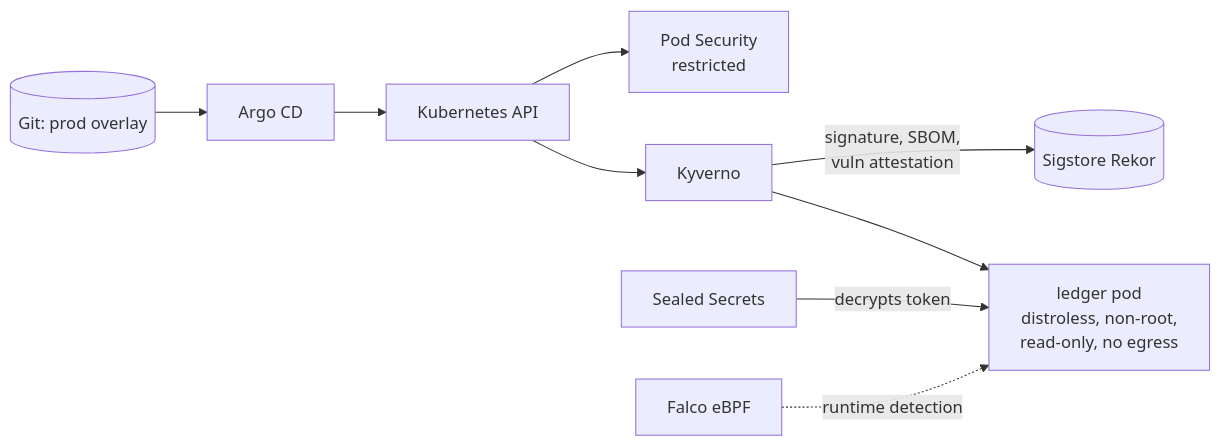
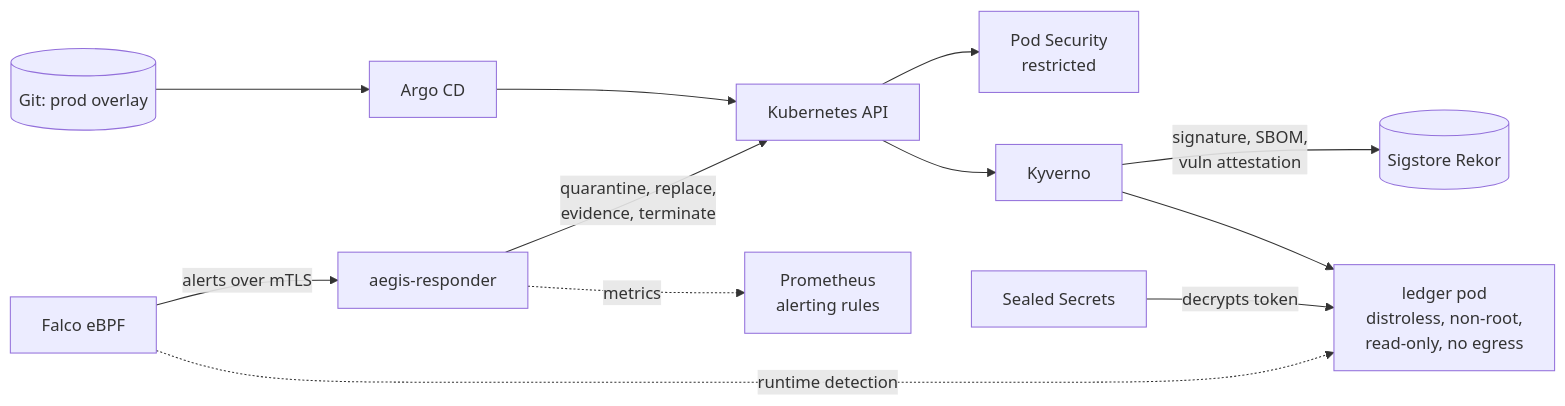
The second of 3 diagrams in README.md (ahmedelgmal310/aegis-devsecops), drawn with Mermaid before and after one commit. The commit also changed other lines of this file, not shown here.

````diff
--- a/README.md
+++ b/README.md
@@ -39,11 +42,14 @@
 ```mermaid
 flowchart LR
     git[(Git: prod overlay)] --> argo[Argo CD]
     argo --> api[Kubernetes API]
     api --> psa[Pod Security<br/>restricted]
     api --> kyv[Kyverno]
     kyv -->|"signature, SBOM,<br/>vuln attestation"| rekor[(Sigstore Rekor)]
     kyv --> pod[ledger pod<br/>distroless, non-root,<br/>read-only, no egress]
     ss[Sealed Secrets] -->|decrypts token| pod
     falco[Falco eBPF] -.runtime detection.-> pod
+    falco -->|alerts over mTLS| resp[aegis-responder]
+    resp -->|"quarantine, replace,<br/>evidence, terminate"| api
+    resp -.metrics.-> prom[Prometheus<br/>alerting rules]
 ```
````
